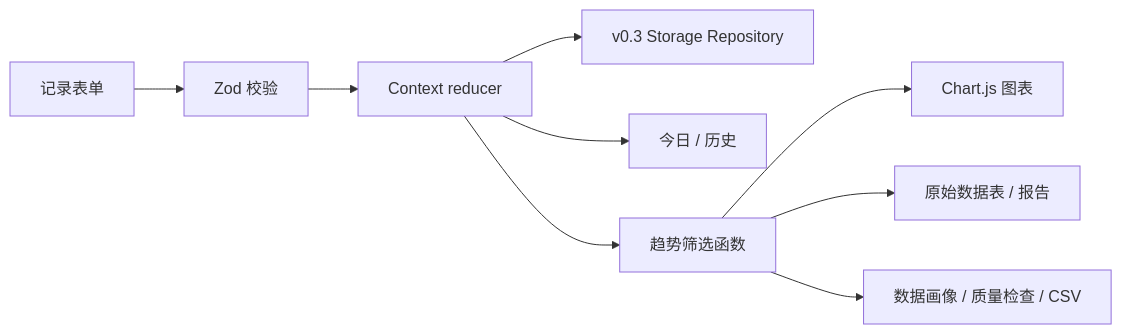
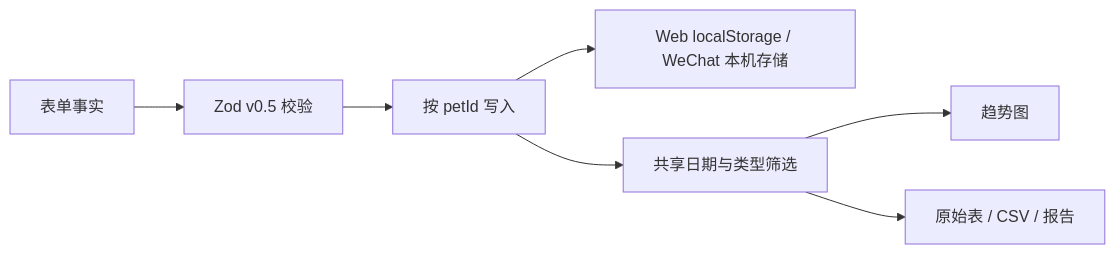
One commit to leoxin99/pet-diabetes-care-log changed the first of 2 diagrams in docs/architecture.md. Above: the diagram before and after it, drawn with Mermaid. The commit also changed other lines of this file and 77 other files, not shown here.

````diff
--- a/docs/architecture.md
+++ b/docs/architecture.md
@@ -23,11 +23,9 @@
 ```mermaid
 flowchart LR
-  A["记录表单"] --> B["Zod 校验"]
-  B --> C["Context reducer"]
-  C --> D["v0.3 Storage Repository"]
-  C --> E["今日 / 历史"]
-  C --> F["趋势筛选函数"]
-  F --> G["Chart.js 图表"]
-  F --> H["原始数据表 / 报告"]
-  F --> I["数据画像 / 质量检查 / CSV"]
+  A["表单事实"] --> B["Zod v0.5 校验"]
+  B --> C["按 petId 写入"]
+  C --> D["Web localStorage / WeChat 本机存储"]
+  C --> E["共享日期与类型筛选"]
+  E --> F["趋势图"]
+  E --> G["原始表 / CSV / 报告"]
 ```
````
